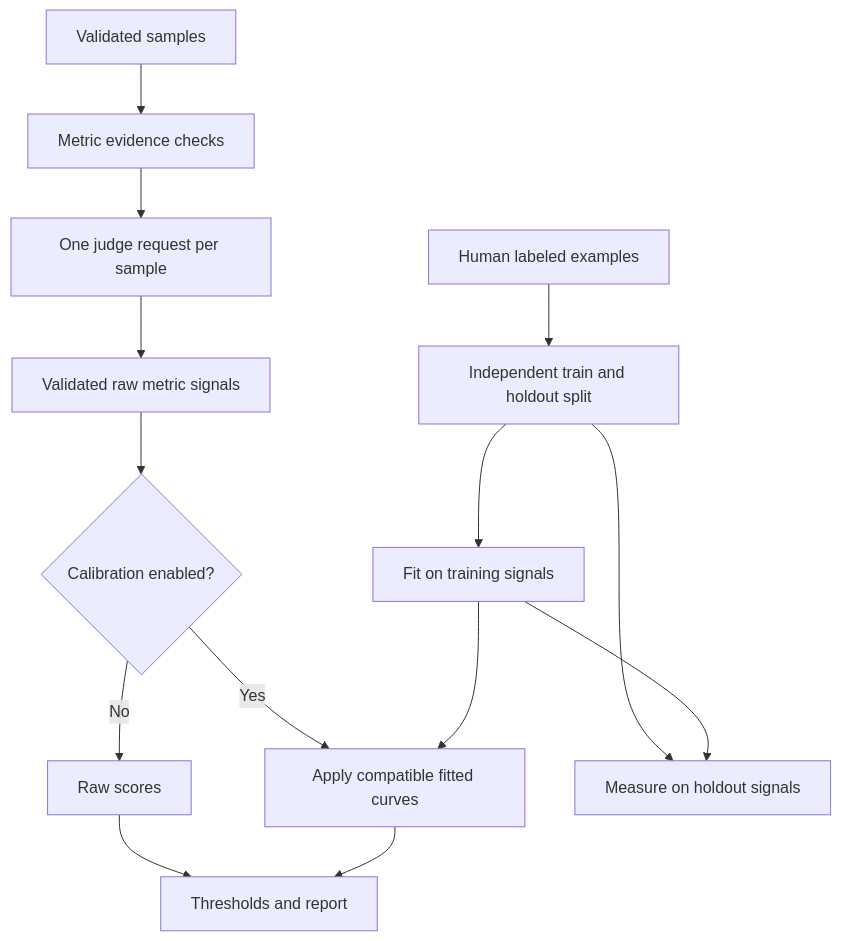
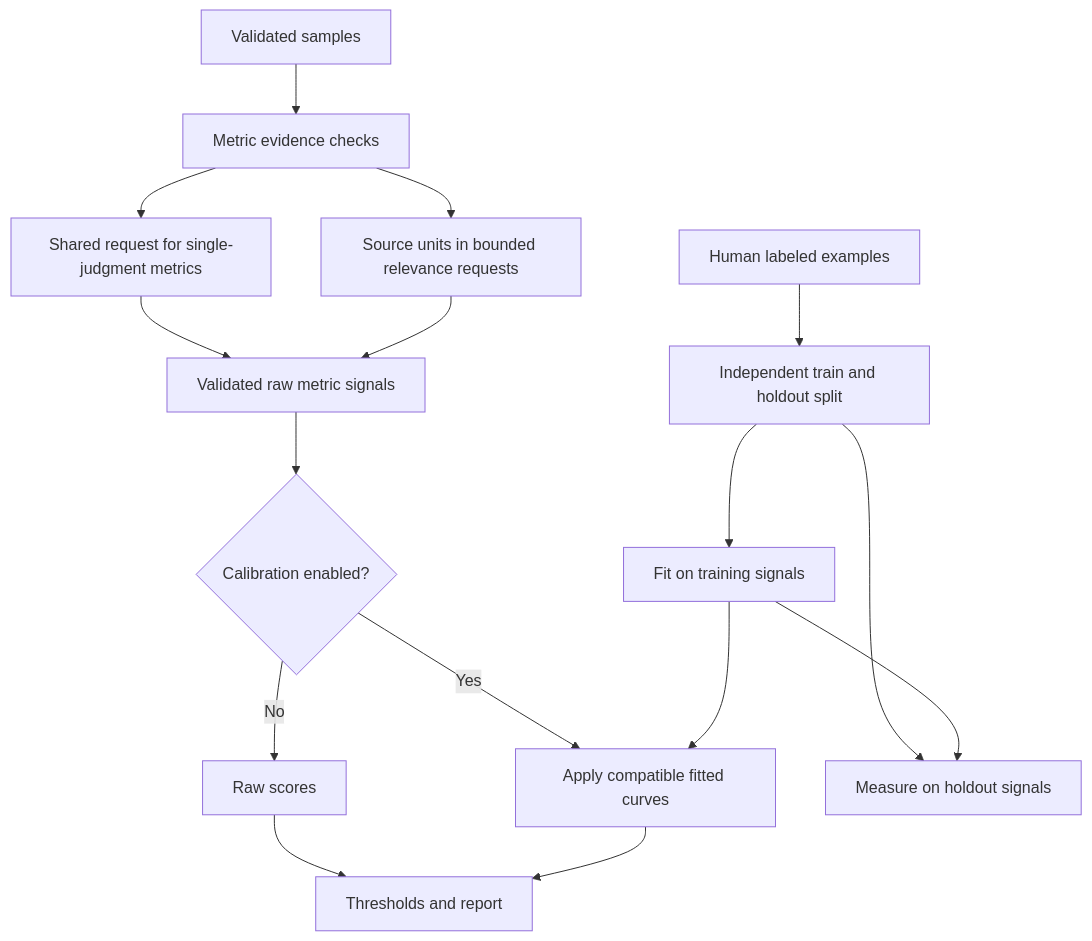
Before and after one commit to TrustifAI/typed_evals: the diagram in docs/ARCHITECTURE.md, drawn with Mermaid. The commit also changed other lines of this file and 93 other files, not shown here.

````diff
--- a/docs/ARCHITECTURE.md
+++ b/docs/ARCHITECTURE.md
@@ -14,16 +15,18 @@
 ```mermaid
 flowchart TD
     A[Validated samples] --> B[Metric evidence checks]
-    B --> C[One judge request per sample]
+    B --> C[Shared request for single-judgment metrics]
+    B --> U[Source units in bounded relevance requests]
     C --> D[Validated raw metric signals]
+    U --> D
     D --> E{Calibration enabled?}
     E -->|No| F[Raw scores]
     E -->|Yes| G[Apply compatible fitted curves]
     F --> H[Thresholds and report]
     G --> H
     L[Human labeled examples] --> S[Independent train and holdout split]
     S --> T[Fit on training signals]
     S --> V[Measure on holdout signals]
     T --> V
     T --> G
 ```
````
